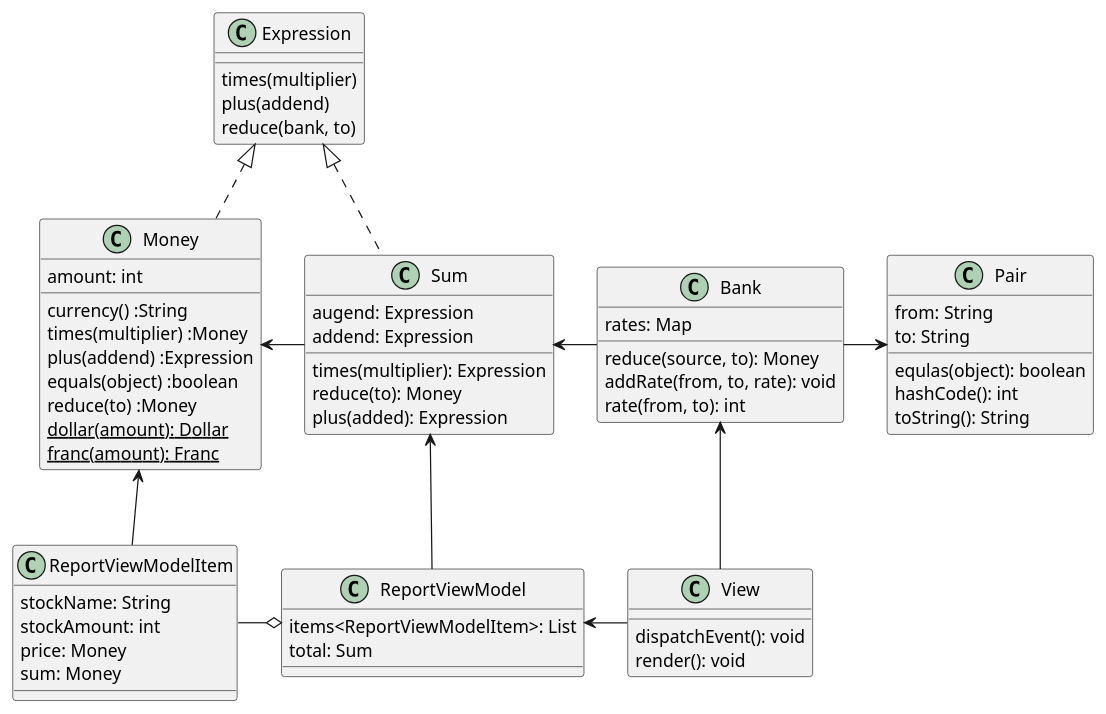
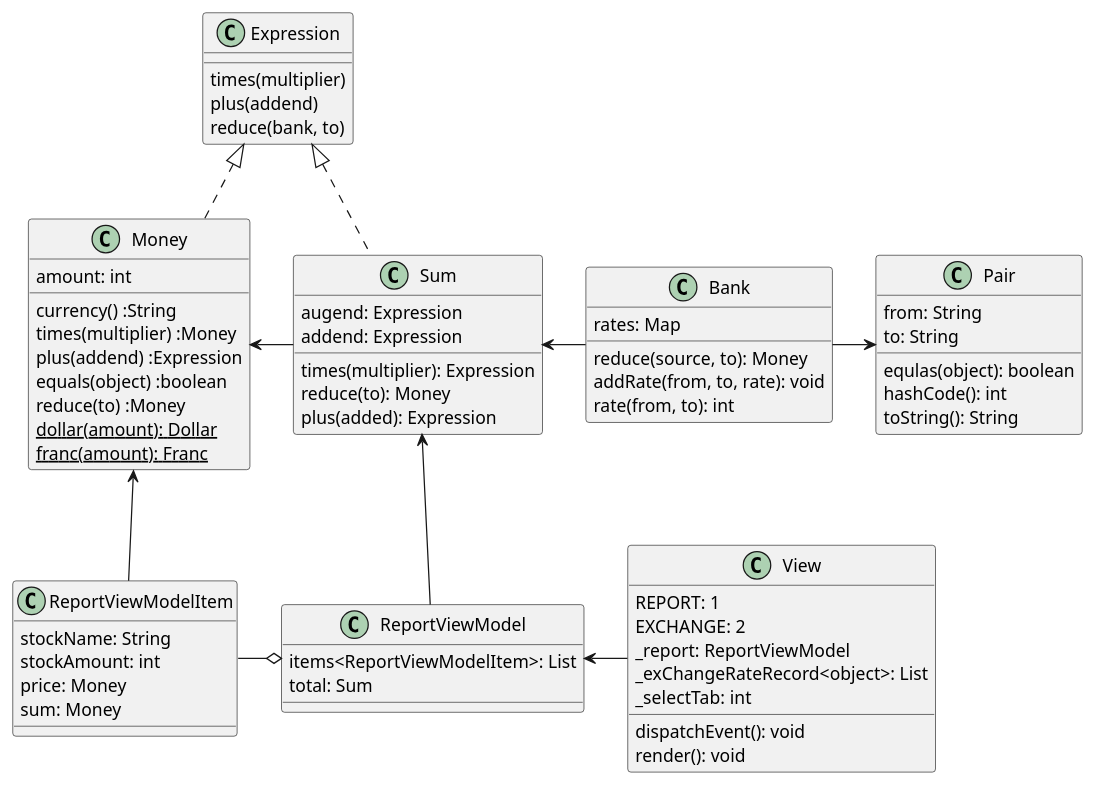
One commit to hiroshima-arc/pragmatic_programing changed the diagram in docs/src/spec/the_money_example.adoc. Above: the diagram before and after it, drawn with PlantUML. The commit also changed 4 other files, not shown here.

Commit message:
docs: クラス図の更新

```diff
--- a/docs/src/spec/the_money_example.adoc
+++ b/docs/src/spec/the_money_example.adoc
@@ -74,62 +74,66 @@
 [plantuml]
 ----
 class Expression {
   times(multiplier)
   plus(addend)
   reduce(bank, to)
 }
 class Sum {
   augend: Expression
   addend: Expression
   times(multiplier): Expression
   reduce(to): Money
   plus(added): Expression
 }
 class Bank {
   rates: Map
   reduce(source, to): Money
   addRate(from, to, rate): void
   rate(from, to): int
 }
 class Pair {
   from: String
   to: String
   equlas(object): boolean
   hashCode(): int
   toString(): String
 }
 class Money {
   amount: int
   currency() :String
   times(multiplier) :Money
   plus(addend) :Expression
   equals(object) :boolean
   reduce(to) :Money
   {static} dollar(amount): Dollar
   {static} franc(amount): Franc
 }
 class ReportViewModel {
   items<ReportViewModelItem>: List
   total: Sum
 }
 class ReportViewModelItem {
   stockName: String
   stockAmount: int
   price: Money
   sum: Money
 }
 ReportViewModelItem -o ReportViewModel
 class View {
+  REPORT: 1
+  EXCHANGE: 2
+  _report: ReportViewModel
+  _exChangeRateRecord<object>: List
+  _selectTab: int
   dispatchEvent(): void
   render(): void
 }
 Expression <|.. Money
 Expression <|.. Sum
 Money <- Sum
 Sum <- Bank
 Bank -> Pair
 Sum <-- ReportViewModel
 Money <-- ReportViewModelItem
-Bank <-- View
 ReportViewModel <- View
 ----
```
